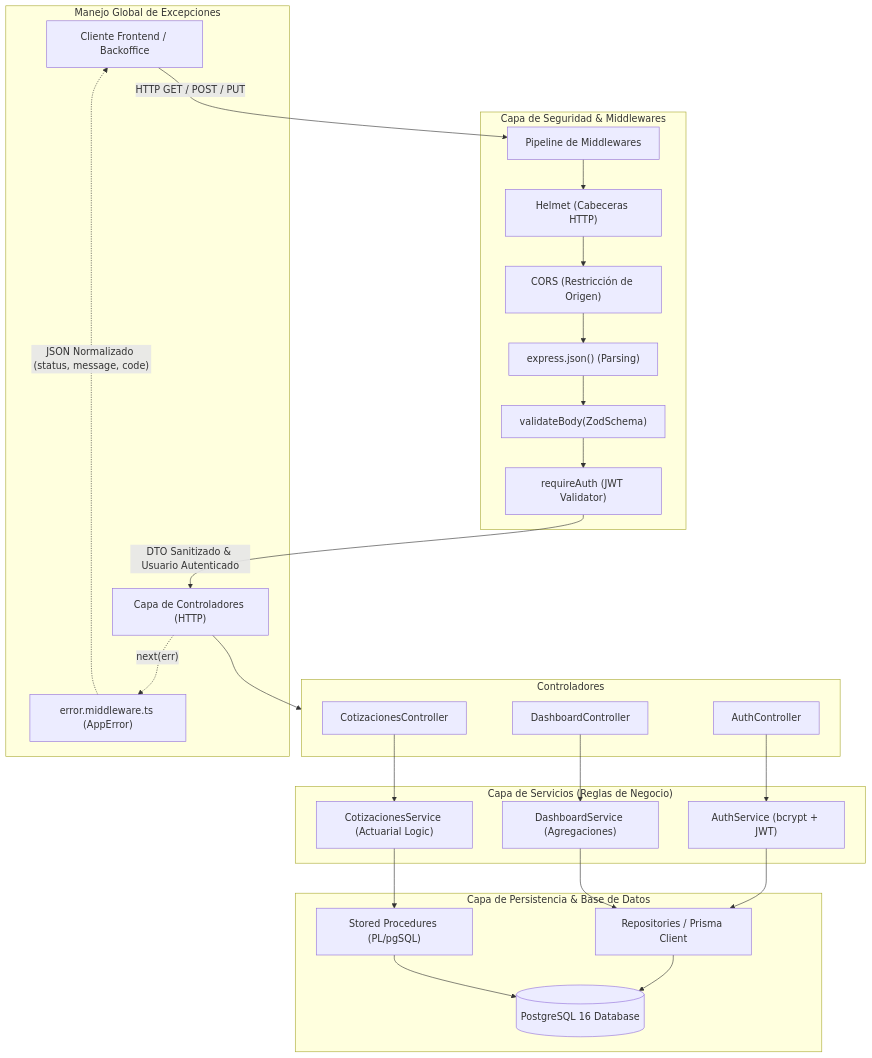
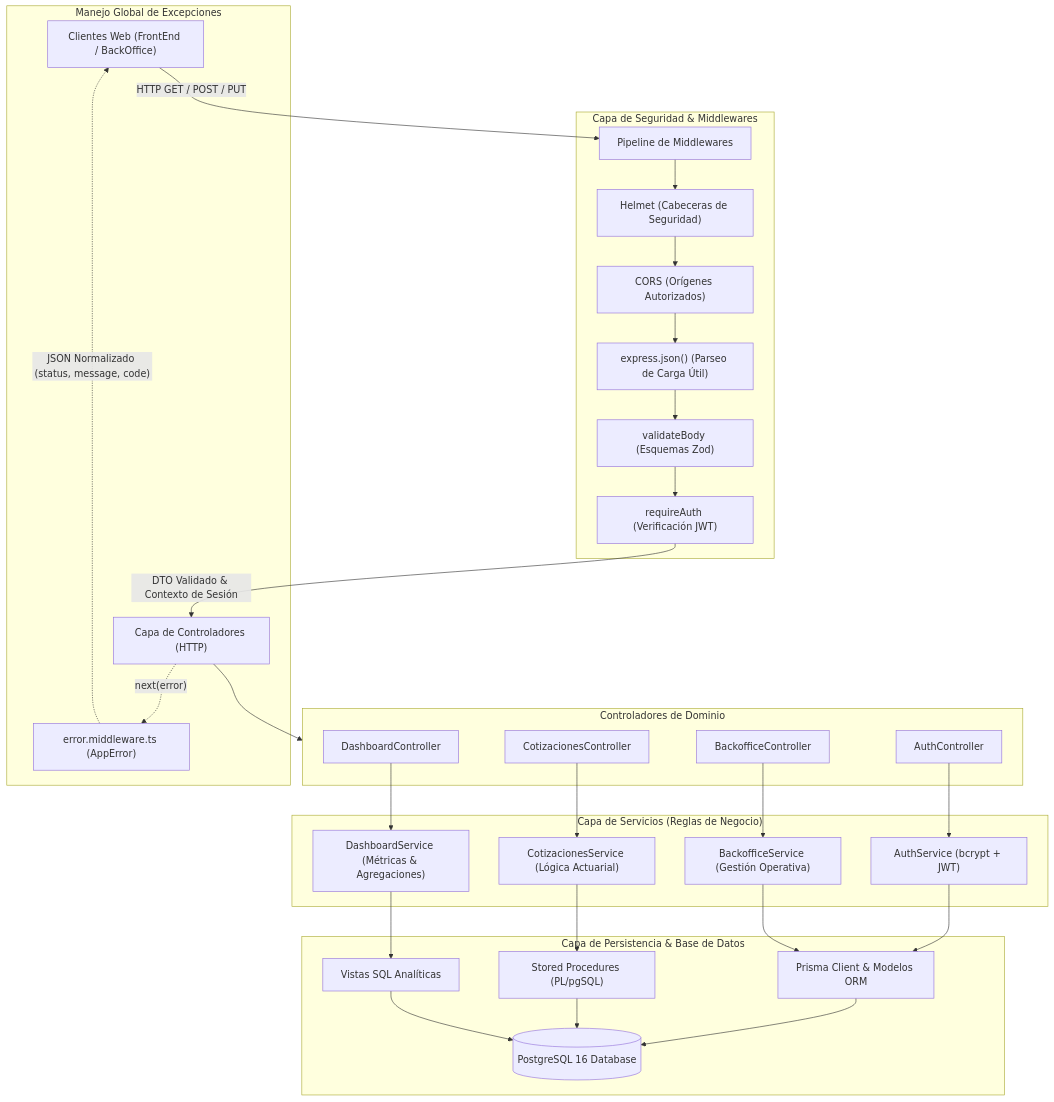
Before and after one commit to Ixion-Systems/SecureLife_BackEnd: the diagram in README.md, drawn with Mermaid. The commit also changed other lines of this file and 20 other files, not shown here.

Commit message:
hotfix: remediar credenciales gitguardian, erradicar emojis y consolidar clean architecture

````diff
--- a/README.md
+++ b/README.md
@@ -63,50 +66,56 @@
 ```mermaid
 graph TD
-    Client["Cliente Frontend / Backoffice"] -->|"HTTP GET / POST / PUT"| MW["Pipeline de Middlewares"]
+    Client["Clientes Web (FrontEnd / BackOffice)"] -->|"HTTP GET / POST / PUT"| MW["Pipeline de Middlewares"]
 
     subgraph Pipeline ["Capa de Seguridad & Middlewares"]
-        MW --> M1["Helmet (Cabeceras HTTP)"]
-        M1 --> M2["CORS (Restricción de Origen)"]
-        M2 --> M3["express.json() (Parsing)"]
-        M3 --> M4["validateBody(ZodSchema)"]
-        M4 --> M5["requireAuth (JWT Validator)"]
+        MW --> M1["Helmet (Cabeceras de Seguridad)"]
+        M1 --> M2["CORS (Orígenes Autorizados)"]
+        M2 --> M3["express.json() (Parseo de Carga Útil)"]
+        M3 --> M4["validateBody (Esquemas Zod)"]
+        M4 --> M5["requireAuth (Verificación JWT)"]
     end
 
-    M5 -->|"DTO Sanitizado & Usuario Autenticado"| Controllers["Capa de Controladores (HTTP)"]
+    M5 -->|"DTO Validado & Contexto de Sesión"| Controllers["Capa de Controladores (HTTP)"]
 
-    subgraph ControllersLayer ["Controladores"]
+    subgraph ControllersLayer ["Controladores de Dominio"]
         C1["AuthController"]
         C2["CotizacionesController"]
         C3["DashboardController"]
+        C4["BackofficeController"]
     end
 
     Controllers --> ControllersLayer
 
     subgraph ServicesLayer ["Capa de Servicios (Reglas de Negocio)"]
         S1["AuthService (bcrypt + JWT)"]
-        S2["CotizacionesService (Actuarial Logic)"]
-        S3["DashboardService (Agregaciones)"]
+        S2["CotizacionesService (Lógica Actuarial)"]
+        S3["DashboardService (Métricas & Agregaciones)"]
+        S4["BackofficeService (Gestión Operativa)"]
     end
 
     C1 --> S1
     C2 --> S2
     C3 --> S3
+    C4 --> S4
 
     subgraph PersistenceLayer ["Capa de Persistencia & Base de Datos"]
-        Repo["Repositories / Prisma Client"]
+        Repo["Prisma Client & Modelos ORM"]
         SP["Stored Procedures (PL/pgSQL)"]
+        Views["Vistas SQL Analíticas"]
         DB[(PostgreSQL 16 Database)]
-        
+
         Repo --> DB
         SP --> DB
+        Views --> DB
     end
 
     S1 --> Repo
     S2 --> SP
-    S3 --> Repo
+    S3 --> Views
+    S4 --> Repo
 
     subgraph ErrorHandling ["Manejo Global de Excepciones"]
-        Controllers -.->|"next(err)"| ErrorMW["error.middleware.ts (AppError)"]
+        Controllers -.->|"next(error)"| ErrorMW["error.middleware.ts (AppError)"]
         ErrorMW -.->|"JSON Normalizado (status, message, code)"| Client
     end
 ```
````
